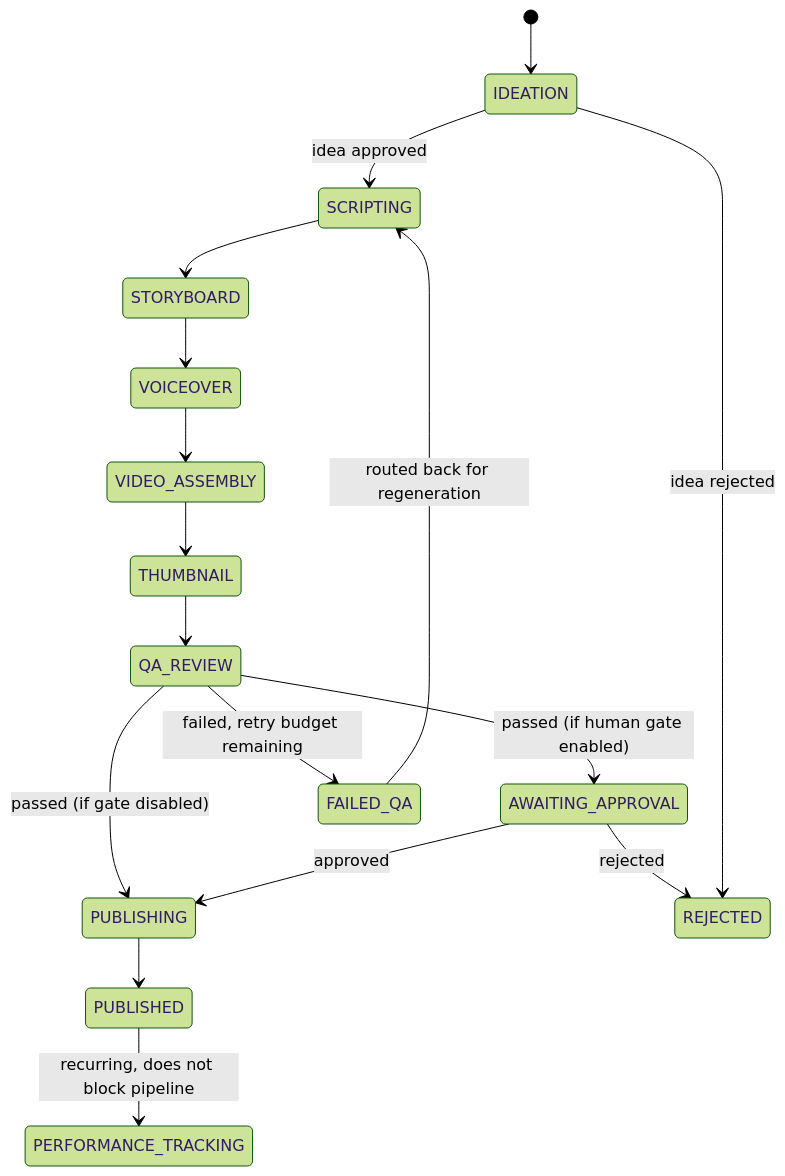
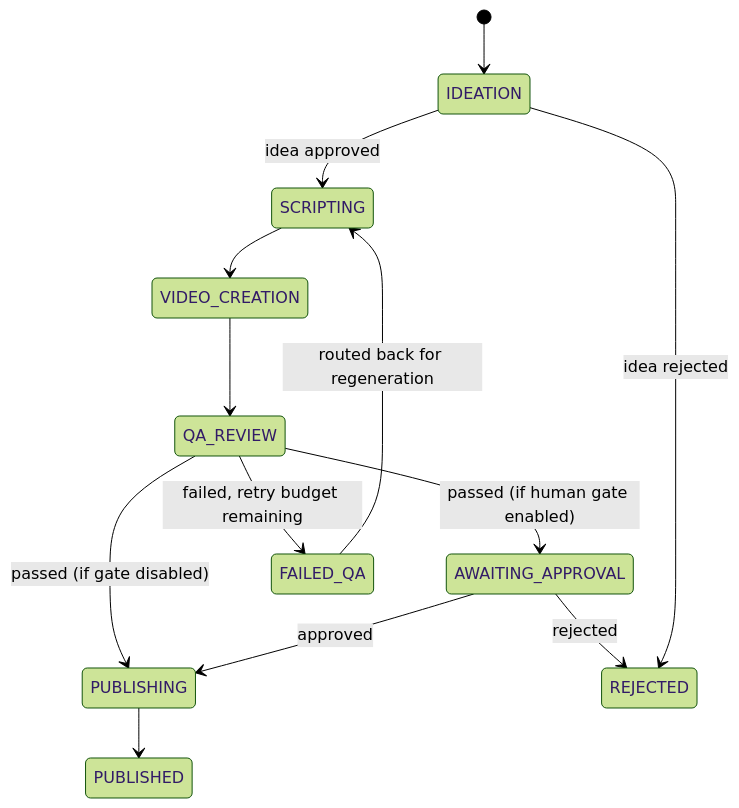
Before and after one commit to Erdabi/Yt_Agent_project: the second of 2 diagrams in docs/architecture/01-system-architecture.md, drawn with Mermaid (forest theme). The commit also changed other lines of this file and 59 other files, not shown here.

````diff
--- a/docs/architecture/01-system-architecture.md
+++ b/docs/architecture/01-system-architecture.md
@@ -73,19 +85,15 @@
 ```mermaid
 stateDiagram-v2
     [*] --> IDEATION
     IDEATION --> SCRIPTING: idea approved
-    SCRIPTING --> STORYBOARD
-    STORYBOARD --> VOICEOVER
-    VOICEOVER --> VIDEO_ASSEMBLY
-    VIDEO_ASSEMBLY --> THUMBNAIL
-    THUMBNAIL --> QA_REVIEW
+    SCRIPTING --> VIDEO_CREATION
+    VIDEO_CREATION --> QA_REVIEW
     QA_REVIEW --> AWAITING_APPROVAL: passed (if human gate enabled)
     QA_REVIEW --> PUBLISHING: passed (if gate disabled)
     QA_REVIEW --> FAILED_QA: failed, retry budget remaining
     FAILED_QA --> SCRIPTING: routed back for regeneration
     AWAITING_APPROVAL --> PUBLISHING: approved
     AWAITING_APPROVAL --> REJECTED: rejected
     PUBLISHING --> PUBLISHED
-    PUBLISHED --> PERFORMANCE_TRACKING: recurring, does not block pipeline
     IDEATION --> REJECTED: idea rejected
 ```
````
